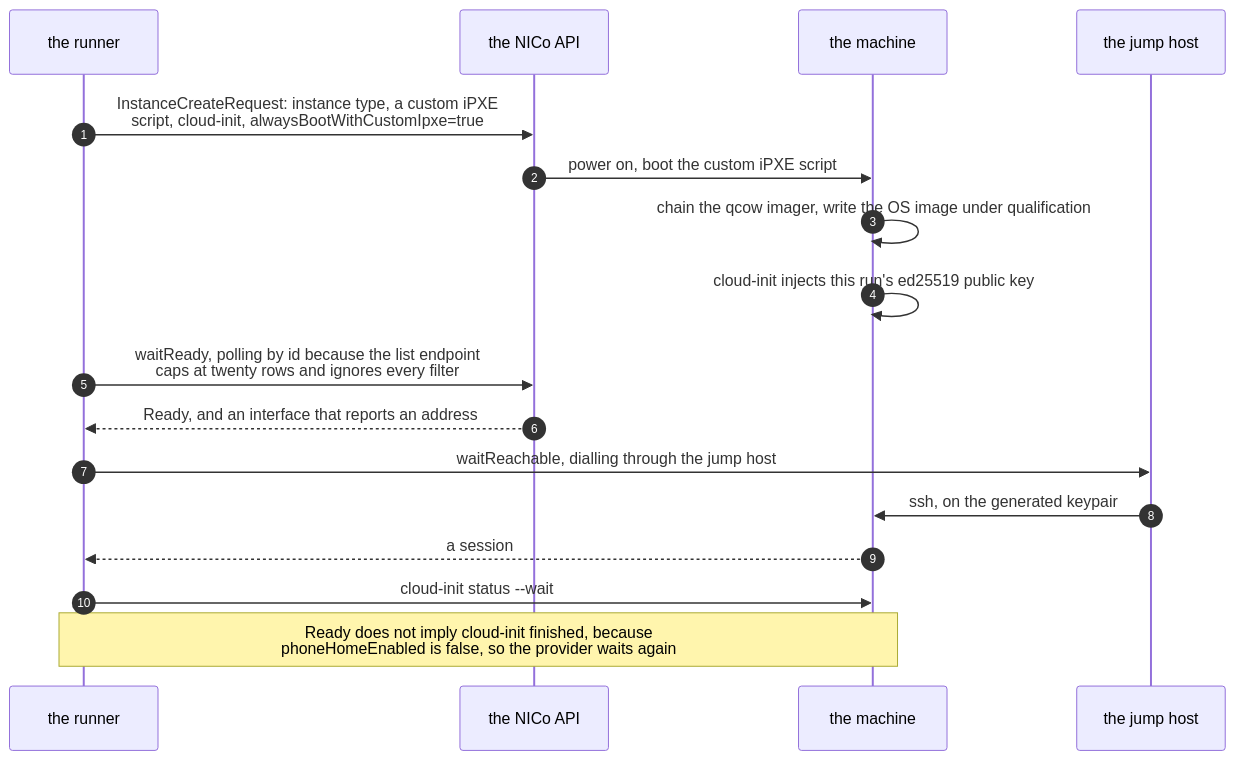
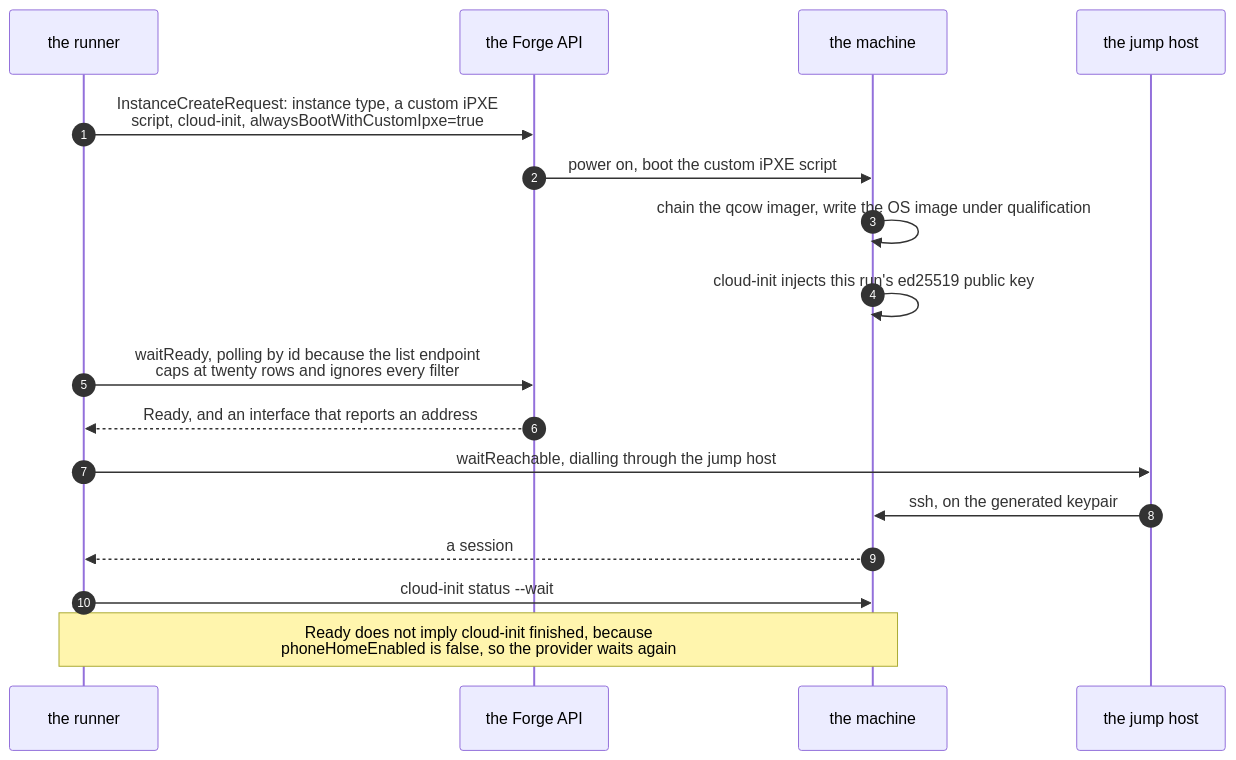
One commit to dsx-ai-factory/nvke changed the second of 5 diagrams in docs/qualification/hardware-lane.md. Above: the diagram before and after it, drawn with Mermaid. The commit also changed other lines of this file and 3 other files, not shown here.

````diff
--- a/docs/qualification/hardware-lane.md
+++ b/docs/qualification/hardware-lane.md
@@ -84,20 +84,20 @@
 ```mermaid
 sequenceDiagram
     autonumber
     participant R as the runner
-    participant F as the NICo API
+    participant F as the Forge API
     participant M as the machine
     participant J as the jump host
 
     R->>F: InstanceCreateRequest: instance type, a custom iPXE<br/>script, cloud-init, alwaysBootWithCustomIpxe=true
     F->>M: power on, boot the custom iPXE script
     M->>M: chain the qcow imager, write the OS image under qualification
     M->>M: cloud-init injects this run's ed25519 public key
     R->>F: waitReady, polling by id because the list endpoint<br/>caps at twenty rows and ignores every filter
     F-->>R: Ready, and an interface that reports an address
     R->>J: waitReachable, dialling through the jump host
     J->>M: ssh, on the generated keypair
     M-->>R: a session
     R->>M: cloud-init status --wait
     note over R,M: Ready does not imply cloud-init finished, because<br/>phoneHomeEnabled is false, so the provider waits again
 ```
````
